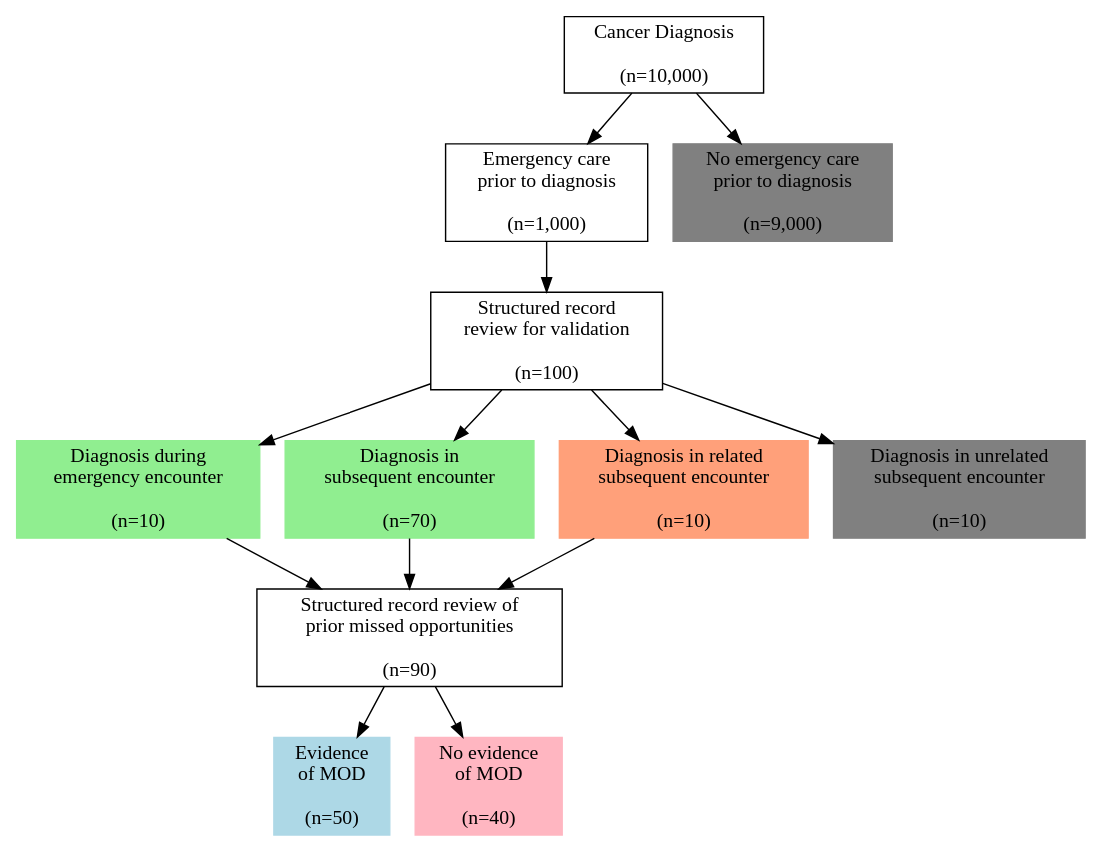
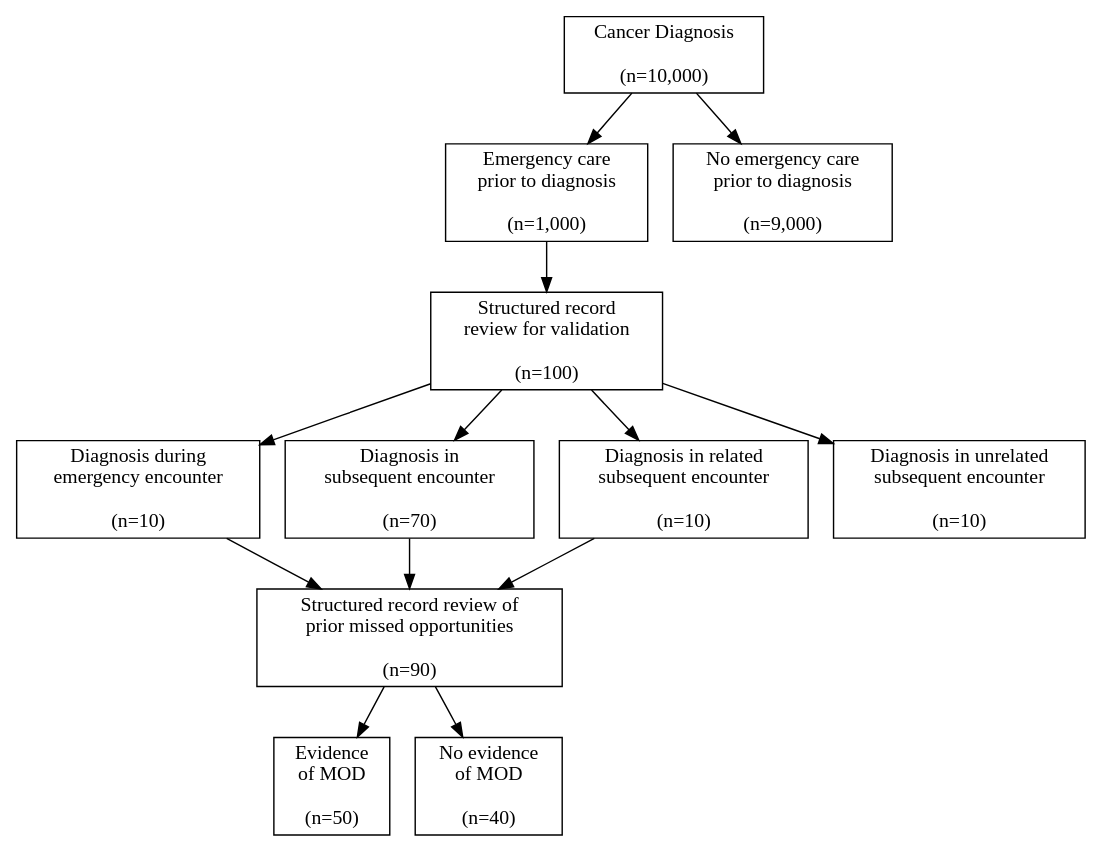
The diagram in consort.dot (zimolzak/MooreMeasures), drawn with Graphviz before and after one commit.

Commit message:
Remove style= and color= attributes/parameters.

```diff
--- a/consort.dot
+++ b/consort.dot
@@ -1,41 +1,41 @@
 digraph{
 
 # Nodes
 
 cancer_dx[shape=rectangle, label="Cancer Diagnosis\n\n(n=10,000)"]
 emerg[shape=rectangle, label="Emergency care\nprior to diagnosis\n\n(n=1,000)"]
-no_emerg[shape=rectangle, label="No emergency care\nprior to diagnosis\n\n(n=9,000)", style=filled, color=grey]
+no_emerg[shape=rectangle, label="No emergency care\nprior to diagnosis\n\n(n=9,000)"]
 
 review_sample[shape=rectangle, label="Structured record\nreview for validation\n\n(n=100)"]
 
-dx_during_type1[shape=rectangle, label="Diagnosis during\nemergency encounter\n\n(n=10)", style=filled, color=lightgreen]
-dx_later_type2[shape=rectangle, label="Diagnosis in\nsubsequent encounter\n\n(n=70)", style=filled, color=lightgreen]
-dx_related_type3_incidental[shape=rectangle, label="Diagnosis in related\nsubsequent encounter\n\n(n=10)", style=filled, color=lightsalmon]
-dx_unrelated_nonEP_FP[shape=rectangle, label="Diagnosis in unrelated\nsubsequent encounter\n\n(n=10)", style=filled, color=grey]
+dx_during_type1[shape=rectangle, label="Diagnosis during\nemergency encounter\n\n(n=10)"]
+dx_later_type2[shape=rectangle, label="Diagnosis in\nsubsequent encounter\n\n(n=70)"]
+dx_related_type3_incidental[shape=rectangle, label="Diagnosis in related\nsubsequent encounter\n\n(n=10)"]
+dx_unrelated_nonEP_FP[shape=rectangle, label="Diagnosis in unrelated\nsubsequent encounter\n\n(n=10)"]
 
 MOD_review[shape=rectangle, label="Structured record review of\nprior missed opportunities\n\n(n=90)"]
-yes_MOD[shape=rectangle, label="Evidence\nof MOD\n\n(n=50)", style=filled, color=lightblue]
-no_MOD[shape=rectangle, label="No evidence\nof MOD\n\n(n=40)", style=filled, color=lightpink]
+yes_MOD[shape=rectangle, label="Evidence\nof MOD\n\n(n=50)"]
+no_MOD[shape=rectangle, label="No evidence\nof MOD\n\n(n=40)"]
 
 
 
 
 # Edges
 
 cancer_dx -> emerg
 cancer_dx -> no_emerg
 
 emerg -> review_sample
 review_sample -> dx_during_type1
 review_sample -> dx_later_type2
 review_sample -> dx_related_type3_incidental
 review_sample -> dx_unrelated_nonEP_FP
 
 dx_during_type1 -> MOD_review
 dx_later_type2 -> MOD_review
 dx_related_type3_incidental -> MOD_review
 
 MOD_review -> yes_MOD
 MOD_review -> no_MOD
 
 }
```
